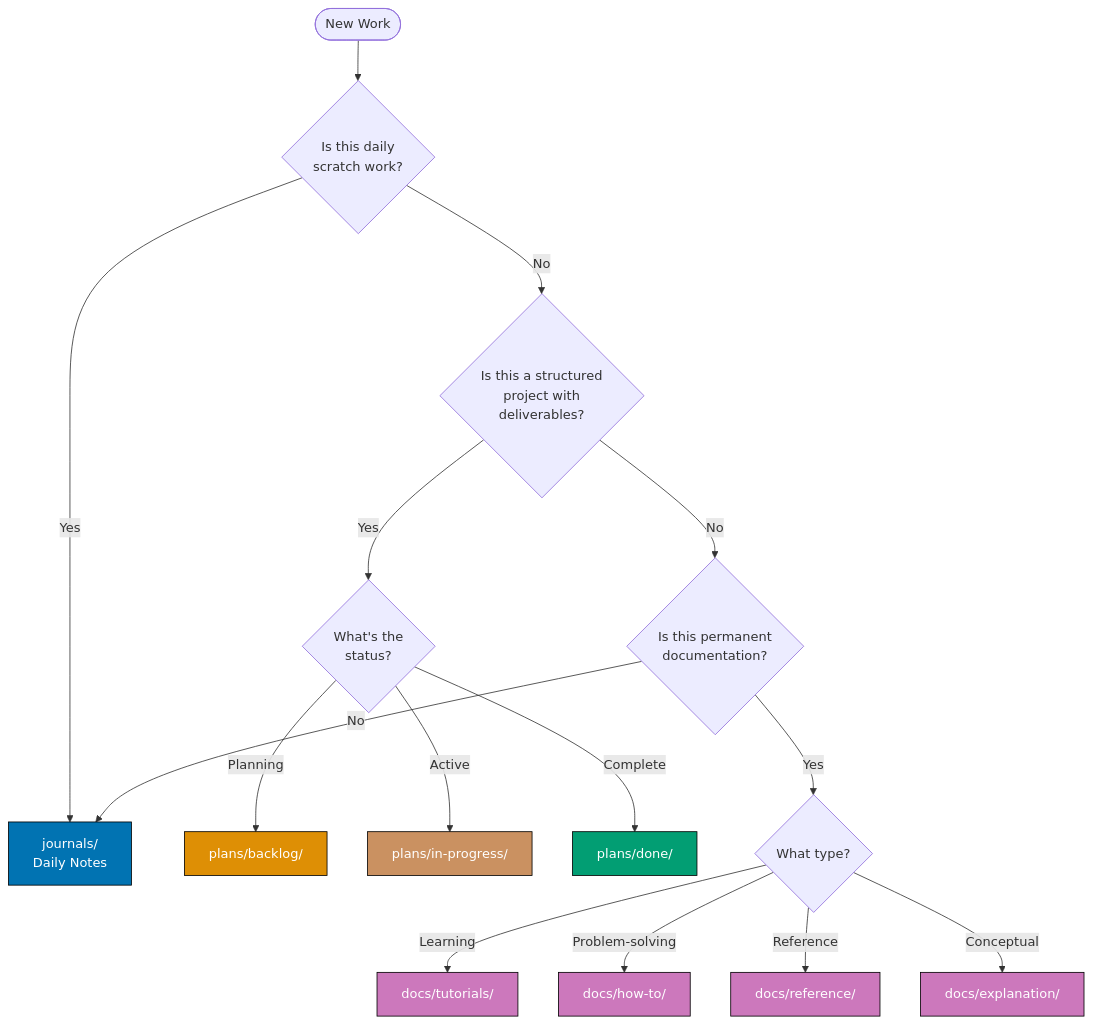
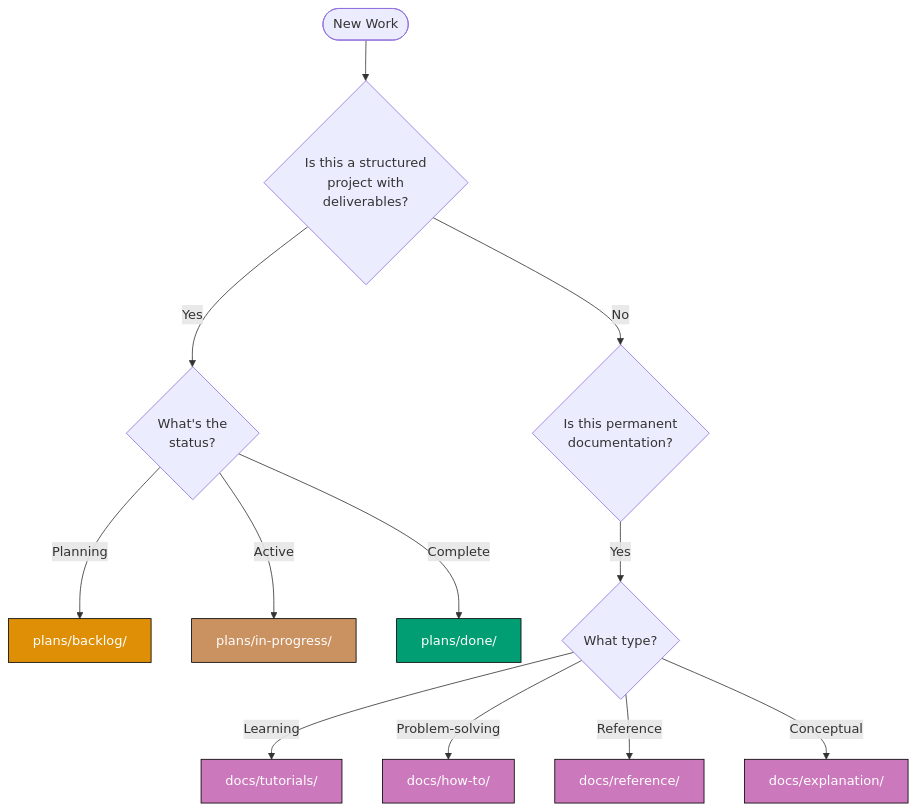
Before and after one commit to wahidyankf/open-sharia-enterprise: the diagram in docs/how-to/hoto__organize-work.md, drawn with Mermaid. The commit also changed other lines of this file and 18 other files, not shown here.

````diff
--- a/docs/how-to/hoto__organize-work.md
+++ b/docs/how-to/hoto__organize-work.md
@@ -27,26 +27,22 @@
 ```mermaid
 flowchart TD
-    Start([New Work]) --> Q1{Is this daily<br/>scratch work?}
-    Q1 -->|Yes| Journals[journals/<br/>Daily Notes]
-    Q1 -->|No| Q2{Is this a structured<br/>project with<br/>deliverables?}
-    Q2 -->|Yes| Q3{What's the<br/>status?}
-    Q3 -->|Planning| Backlog[plans/backlog/]
-    Q3 -->|Active| InProgress[plans/in-progress/]
-    Q3 -->|Complete| Done[plans/done/]
-    Q2 -->|No| Q4{Is this permanent<br/>documentation?}
-    Q4 -->|Yes| Q5{What type?}
-    Q5 -->|Learning| Tutorial[docs/tutorials/]
-    Q5 -->|Problem-solving| HowTo[docs/how-to/]
-    Q5 -->|Reference| Reference[docs/reference/]
-    Q5 -->|Conceptual| Explanation[docs/explanation/]
-    Q4 -->|No| Journals
+    Start([New Work]) --> Q1{Is this a structured<br/>project with<br/>deliverables?}
+    Q1 -->|Yes| Q2{What's the<br/>status?}
+    Q2 -->|Planning| Backlog[plans/backlog/]
+    Q2 -->|Active| InProgress[plans/in-progress/]
+    Q2 -->|Complete| Done[plans/done/]
+    Q1 -->|No| Q3{Is this permanent<br/>documentation?}
+    Q3 -->|Yes| Q4{What type?}
+    Q4 -->|Learning| Tutorial[docs/tutorials/]
+    Q4 -->|Problem-solving| HowTo[docs/how-to/]
+    Q4 -->|Reference| Reference[docs/reference/]
+    Q4 -->|Conceptual| Explanation[docs/explanation/]
 
-    style Journals fill:#0173B2,stroke:#000000,color:#FFFFFF
     style Backlog fill:#DE8F05,stroke:#000000,color:#FFFFFF
     style InProgress fill:#CA9161,stroke:#000000,color:#FFFFFF
     style Done fill:#029E73,stroke:#000000,color:#FFFFFF
     style Tutorial fill:#CC78BC,stroke:#000000,color:#FFFFFF
     style HowTo fill:#CC78BC,stroke:#000000,color:#FFFFFF
     style Reference fill:#CC78BC,stroke:#000000,color:#FFFFFF
     style Explanation fill:#CC78BC,stroke:#000000,color:#FFFFFF
 ```
````
